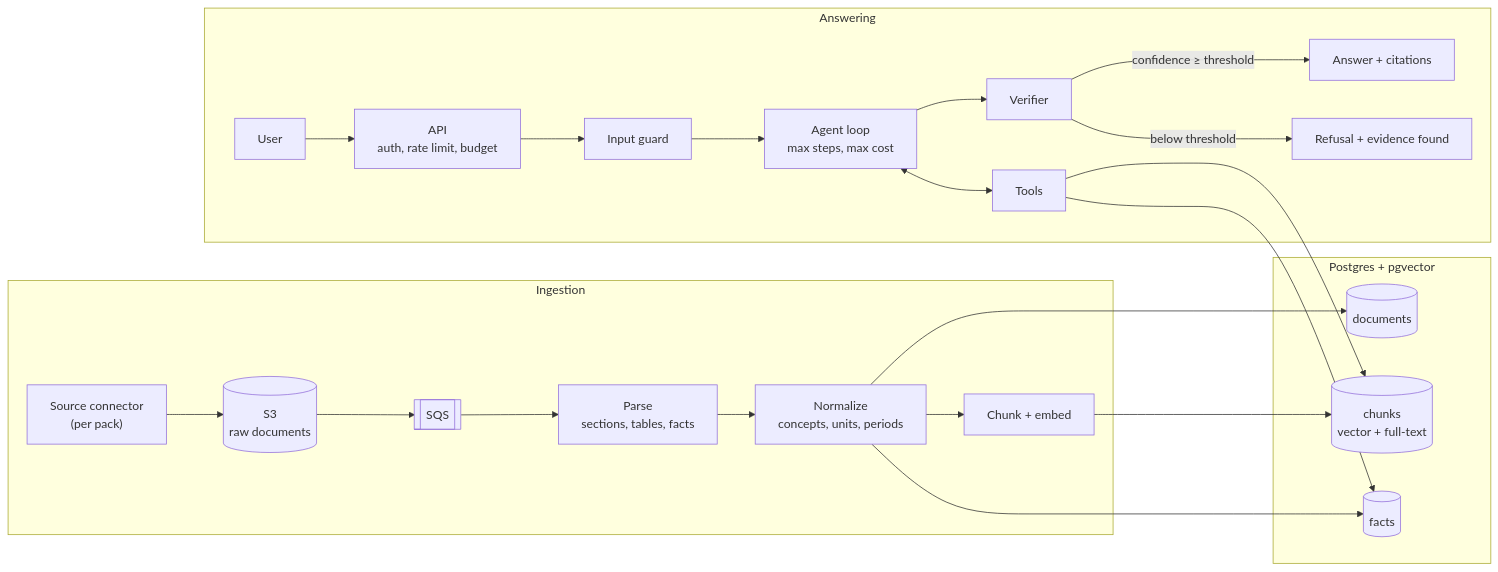
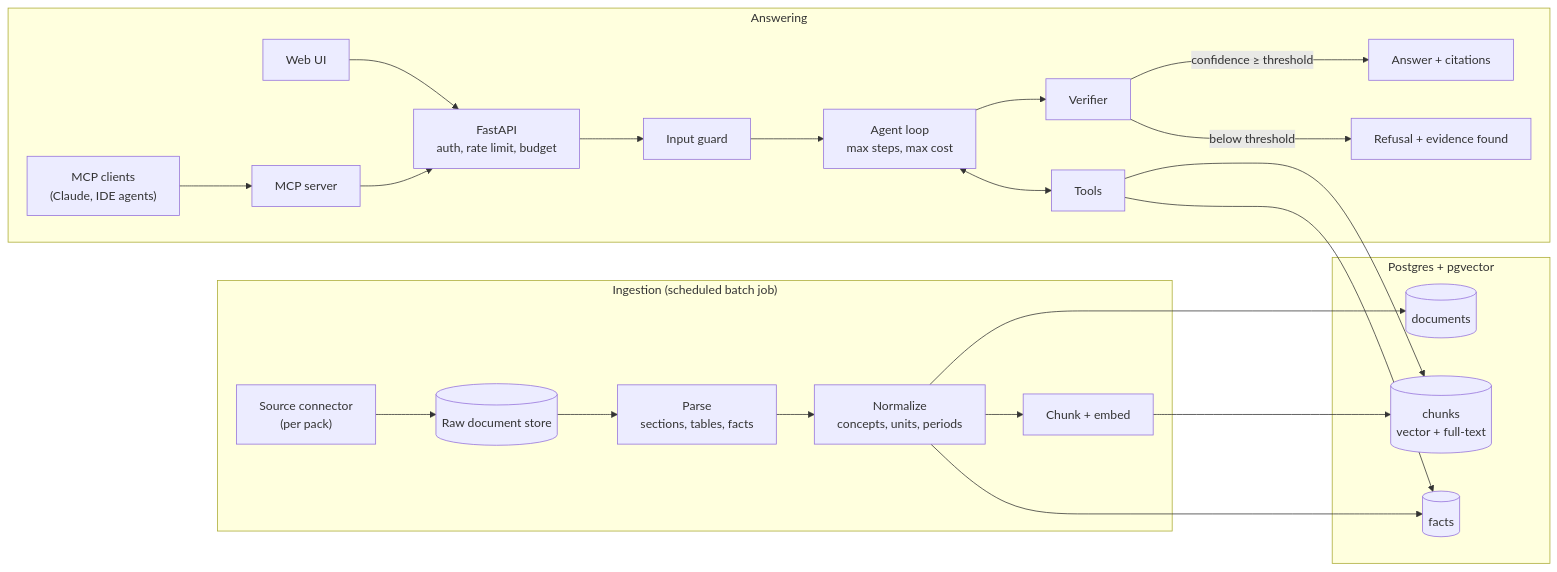
Before and after one commit to ChinmayLokare/verified-rag: the first of 2 diagrams in docs/design.md, drawn with Mermaid. The commit also changed other lines of this file and 40 other files, not shown here.

````diff
--- a/docs/design.md
+++ b/docs/design.md
@@ -75,33 +76,34 @@
 ```mermaid
 flowchart LR
-    subgraph Ingestion
-        SRC["Source connector<br/>(per pack)"] --> RAW[("S3<br/>raw documents")]
-        RAW --> Q1[["SQS"]]
-        Q1 --> PARSE["Parse<br/>sections, tables, facts"]
+    subgraph Ingestion["Ingestion (scheduled batch job)"]
+        SRC["Source connector<br/>(per pack)"] --> RAW[("Raw document store")]
+        RAW --> PARSE["Parse<br/>sections, tables, facts"]
         PARSE --> NORM["Normalize<br/>concepts, units, periods"]
         NORM --> EMB["Chunk + embed"]
     end
 
     subgraph Storage["Postgres + pgvector"]
         DOCS[("documents")]
         CHUNKS[("chunks<br/>vector + full-text")]
         FACTS[("facts")]
     end
 
     NORM --> FACTS
     NORM --> DOCS
     EMB --> CHUNKS
 
     subgraph Answering
-        U["User"] --> API["API<br/>auth, rate limit, budget"]
+        U["Web UI"] --> API["FastAPI<br/>auth, rate limit, budget"]
+        MCPC["MCP clients<br/>(Claude, IDE agents)"] --> MCPS["MCP server"]
+        MCPS --> API
         API --> GUARD["Input guard"]
         GUARD --> AGENT["Agent loop<br/>max steps, max cost"]
         AGENT <--> TOOLS["Tools"]
         AGENT --> VER["Verifier"]
         VER -->|"confidence ≥ threshold"| ANS["Answer + citations"]
         VER -->|"below threshold"| REF["Refusal + evidence found"]
     end
 
     TOOLS --> FACTS
     TOOLS --> CHUNKS
 ```
````
